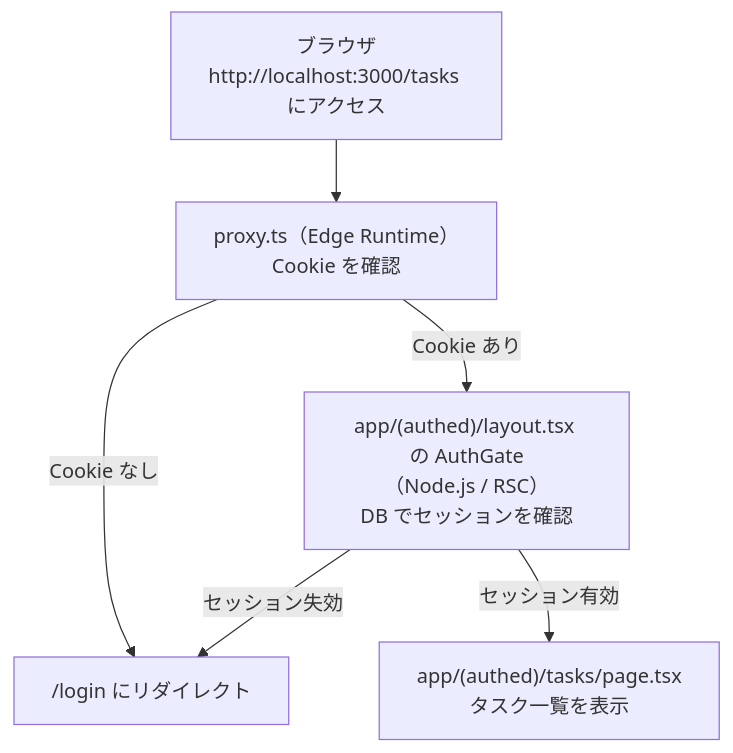
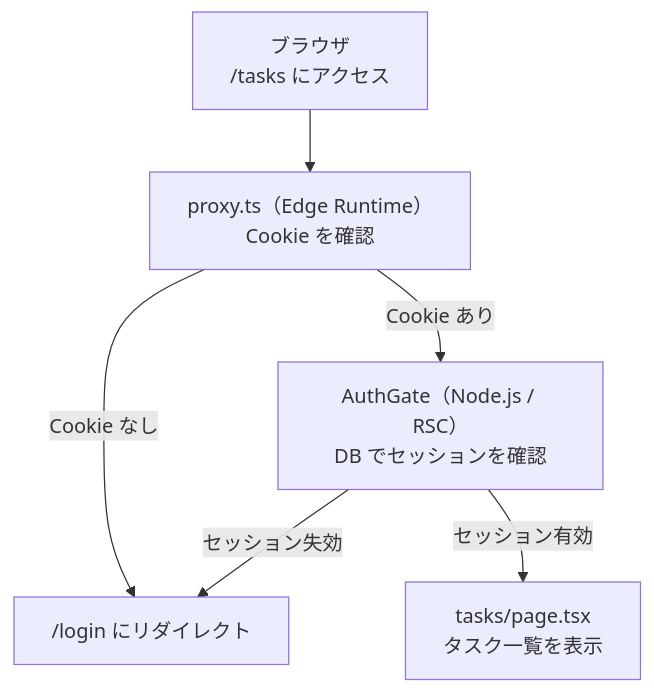
The third of 3 diagrams in docs/training/01-foundation.md (GentaAmeku/nextjs-dashboard-training), drawn with Mermaid before and after one commit. The commit also changed 3 other files, not shown here.

First line of the commit message:
docs: shorten Mermaid node labels to fix text clipping

````diff
--- a/docs/training/01-foundation.md
+++ b/docs/training/01-foundation.md
@@ -217,14 +217,14 @@
 ```mermaid
 flowchart TD
-    Browser["ブラウザ\nhttp://localhost:3000/tasks にアクセス"]
+    Browser["ブラウザ\n/tasks にアクセス"]
     Proxy["proxy.ts（Edge Runtime）\nCookie を確認"]
-    AuthGate["app/(authed)/layout.tsx の AuthGate\n（Node.js / RSC）\nDB でセッションを確認"]
-    Page["app/(authed)/tasks/page.tsx\nタスク一覧を表示"]
+    AuthGate["AuthGate（Node.js / RSC）\nDB でセッションを確認"]
+    Page["tasks/page.tsx\nタスク一覧を表示"]
     Login["/login にリダイレクト"]
 
     Browser --> Proxy
     Proxy -->|"Cookie なし"| Login
     Proxy -->|"Cookie あり"| AuthGate
     AuthGate -->|"セッション失効"| Login
     AuthGate -->|"セッション有効"| Page
 ```
````
